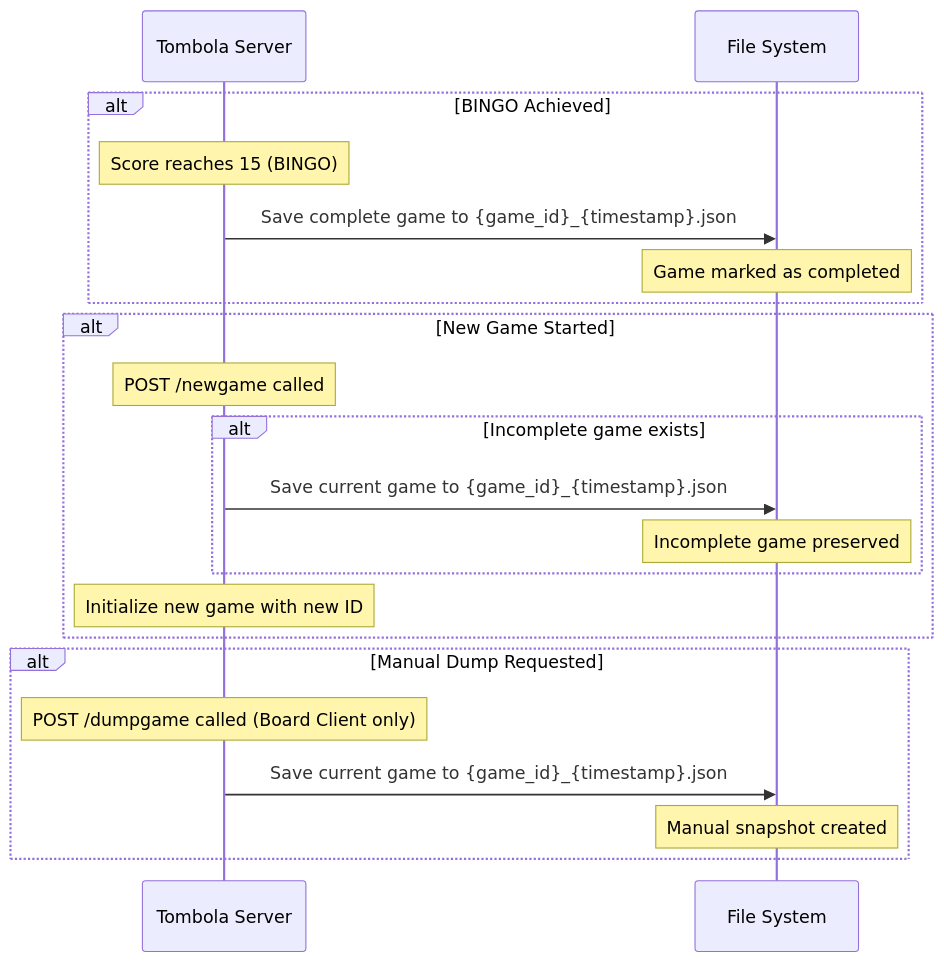
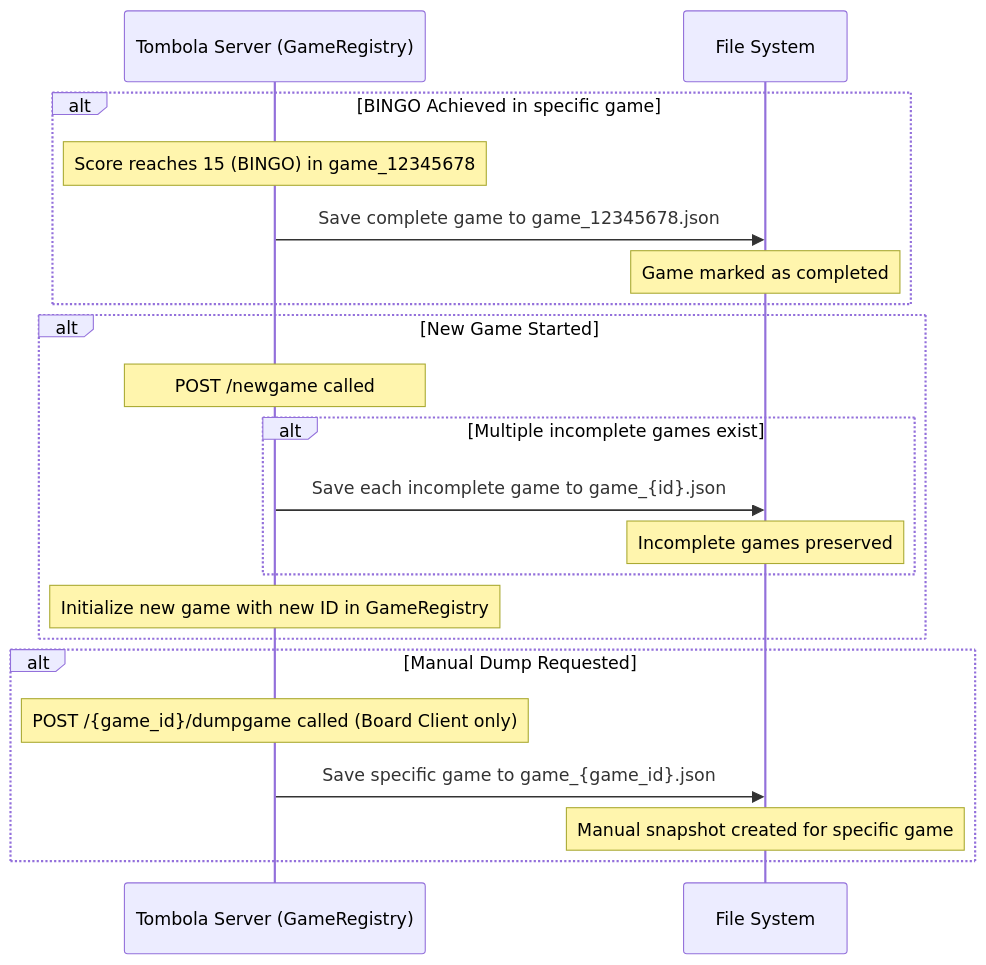
Before and after one commit to badbat75/tombola: diagram 11 of 11 in docs/FLOWS.md, drawn with Mermaid. The commit also changed other lines of this file and 13 other files, not shown here.

First line of the commit message:
Implement multi-game architecture with GameRegistry system

````diff
--- a/docs/FLOWS.md
+++ b/docs/FLOWS.md
@@ -268,26 +412,26 @@
 ```mermaid
 sequenceDiagram
-    participant S as Tombola Server
+    participant S as Tombola Server (GameRegistry)
     participant FS as File System
 
-    alt BINGO Achieved
-        Note over S: Score reaches 15 (BINGO)
-        S->>FS: Save complete game to {game_id}_{timestamp}.json
+    alt BINGO Achieved in specific game
+        Note over S: Score reaches 15 (BINGO) in game_12345678
+        S->>FS: Save complete game to game_12345678.json
         Note over FS: Game marked as completed
     end
 
     alt New Game Started
         Note over S: POST /newgame called
-        alt Incomplete game exists
-            S->>FS: Save current game to {game_id}_{timestamp}.json
-            Note over FS: Incomplete game preserved
+        alt Multiple incomplete games exist
+            S->>FS: Save each incomplete game to game_{id}.json
+            Note over FS: Incomplete games preserved
         end
-        Note over S: Initialize new game with new ID
+        Note over S: Initialize new game with new ID in GameRegistry
     end
 
     alt Manual Dump Requested
-        Note over S: POST /dumpgame called (Board Client only)
-        S->>FS: Save current game to {game_id}_{timestamp}.json
-        Note over FS: Manual snapshot created
+        Note over S: POST /{game_id}/dumpgame called (Board Client only)
+        S->>FS: Save specific game to game_{game_id}.json
+        Note over FS: Manual snapshot created for specific game
     end
 ```
````
